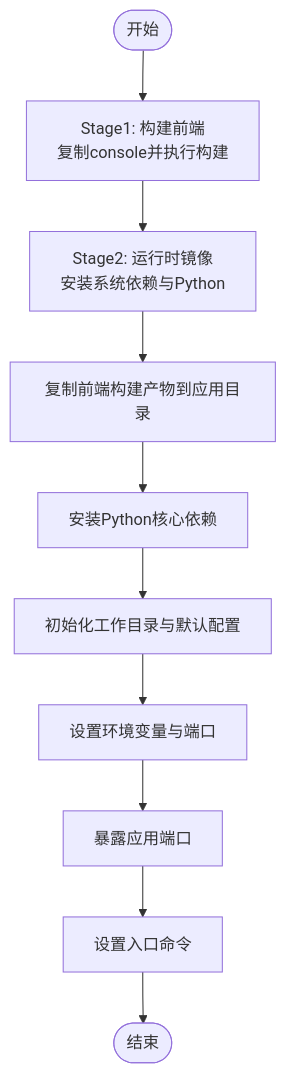
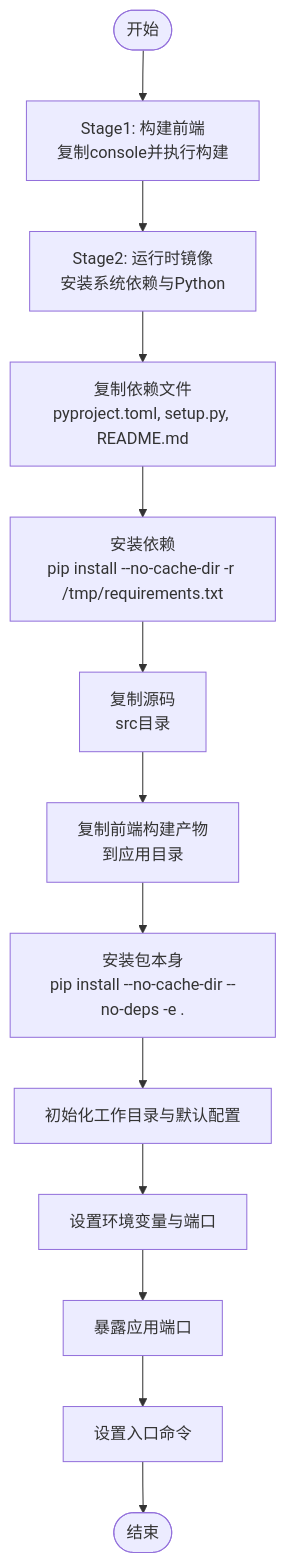
Before and after one commit to livehl/CoPaw: the third of 7 diagrams in .qoder/repowiki/zh/content/部署与运维/Docker容器化部署.md, drawn with Mermaid. The commit also changed other lines of this file and 7 other files, not shown here.

````diff
--- a/.qoder/repowiki/zh/content/部署与运维/Docker容器化部署.md
+++ b/.qoder/repowiki/zh/content/部署与运维/Docker容器化部署.md
@@ -129,12 +117,15 @@
 ```mermaid
 flowchart TD
 Start(["开始"]) --> Stage1["Stage1: 构建前端<br/>复制console并执行构建"]
 Stage1 --> Stage2["Stage2: 运行时镜像<br/>安装系统依赖与Python"]
-Stage2 --> CopyConsole["复制前端构建产物到应用目录"]
-CopyConsole --> PipInstall["安装Python核心依赖"]
-PipInstall --> Init["初始化工作目录与默认配置"]
+Stage2 --> CopyDeps["复制依赖文件<br/>pyproject.toml, setup.py, README.md"]
+CopyDeps --> InstallDeps["安装依赖<br/>pip install --no-cache-dir -r /tmp/requirements.txt"]
+InstallDeps --> CopySrc["复制源码<br/>src目录"]
+CopySrc --> CopyConsole["复制前端构建产物<br/>到应用目录"]
+CopyConsole --> InstallPackage["安装包本身<br/>pip install --no-cache-dir --no-deps -e ."]
+InstallPackage --> Init["初始化工作目录与默认配置"]
 Init --> Env["设置环境变量与端口"]
 Env --> Expose["暴露应用端口"]
 Expose --> Cmd["设置入口命令"]
 Cmd --> End(["结束"])
 ```
````
